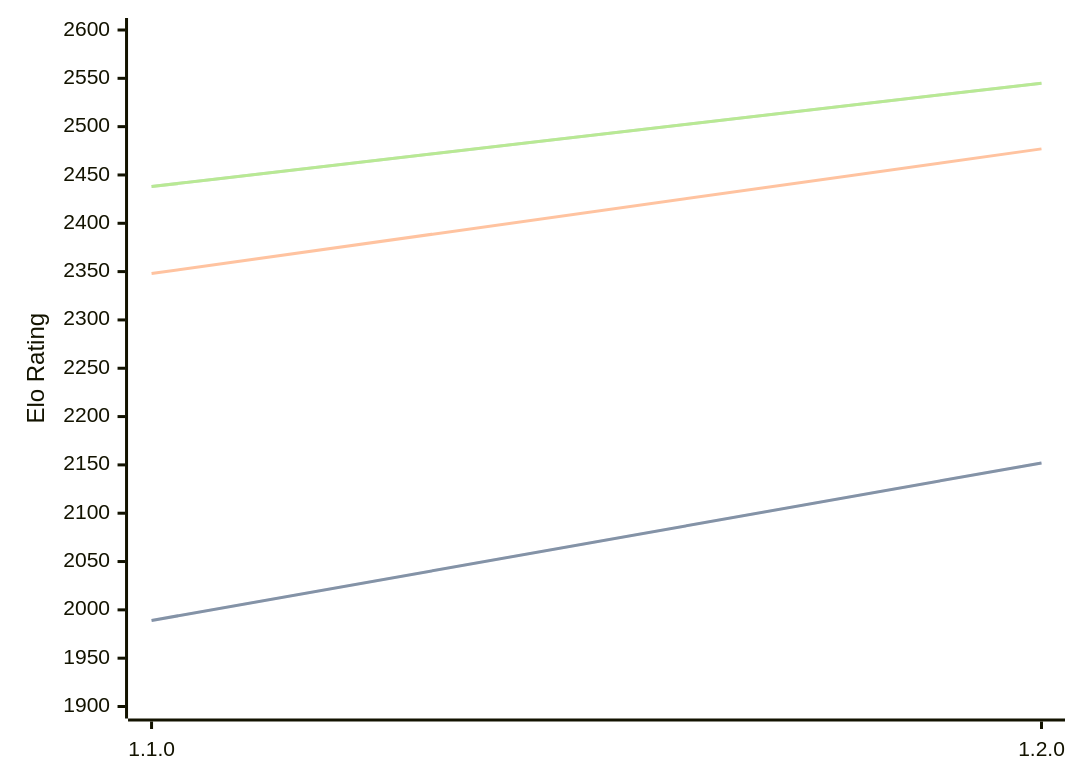
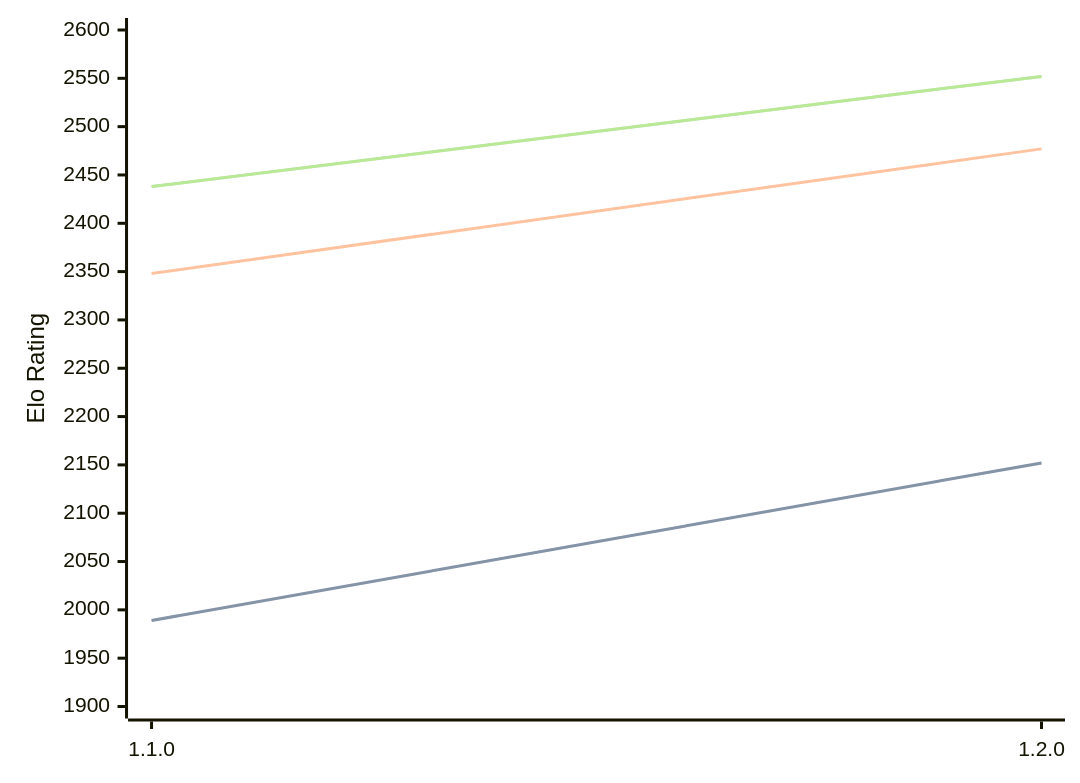
One commit to computer-chess-index/cci changed the diagram in engines/Gyatso.md. Above: the diagram before and after it, drawn with Mermaid. The commit also changed other lines of this file, not shown here.

Commit message:
Update CCI Ratings (ELO VLTC) - 2026-03-21

````diff
--- a/engines/Gyatso.md
+++ b/engines/Gyatso.md
@@ -33,11 +33,11 @@
 ```mermaid
 %%{init: {"theme":"base","themeVariables":{"seriesColors:['#a3a3a3','#222221','#faa371']}}}%%
 xychart-beta
   x-axis ["1.1.0", "1.2.0"]
   y-axis "Elo Rating" 1900 --> 2600
   line "STC (8.0+0.08s)" [1989, 2152]
   line "STC (8.0+0.08s)" [1989, 2152]
   line "LTC (60.0+0.60s)" [2348, 2477]
-  line "VLTC (2m24s+1.12s)" [2438, 2545]
-  line "VLTC (2m24s+1.12s)" [2438, 2545]
+  line "VLTC (2m24s+1.12s)" [2438, 2552]
+  line "VLTC (2m24s+1.12s)" [2438, 2552]
 ```
````
